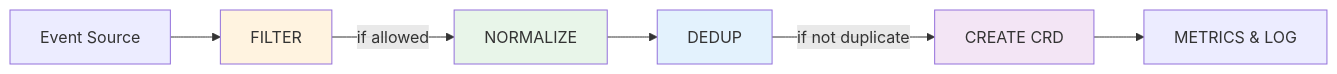
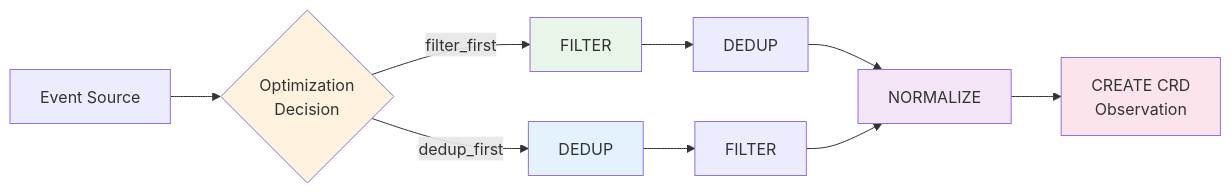
The second of 2 diagrams in README.md (kube-zen/zen-watcher), drawn with Mermaid before and after one commit. The commit also changed other lines of this file and 15 other files, not shown here.

````diff
--- a/README.md
+++ b/README.md
@@ -366,13 +376,17 @@
 ```mermaid
 graph LR
-    A[Event Source] --> B[FILTER]
-    B -->|if allowed| C[NORMALIZE]
-    C --> D[DEDUP]
-    D -->|if not duplicate| E[CREATE CRD]
-    E --> F[METRICS & LOG]
+    A[Event Source] --> B{Optimization<br/>Decision}
+    B -->|filter_first| C[FILTER]
+    B -->|dedup_first| D[DEDUP]
+    C --> E[DEDUP]
+    D --> F[FILTER]
+    E --> G[NORMALIZE]
+    F --> G
+    G --> H[CREATE CRD<br/>Observation]
     
     style B fill:#fff3e0
     style C fill:#e8f5e9
     style D fill:#e3f2fd
-    style E fill:#f3e5f5
+    style G fill:#f3e5f5
+    style H fill:#fce4ec
 ```
````
